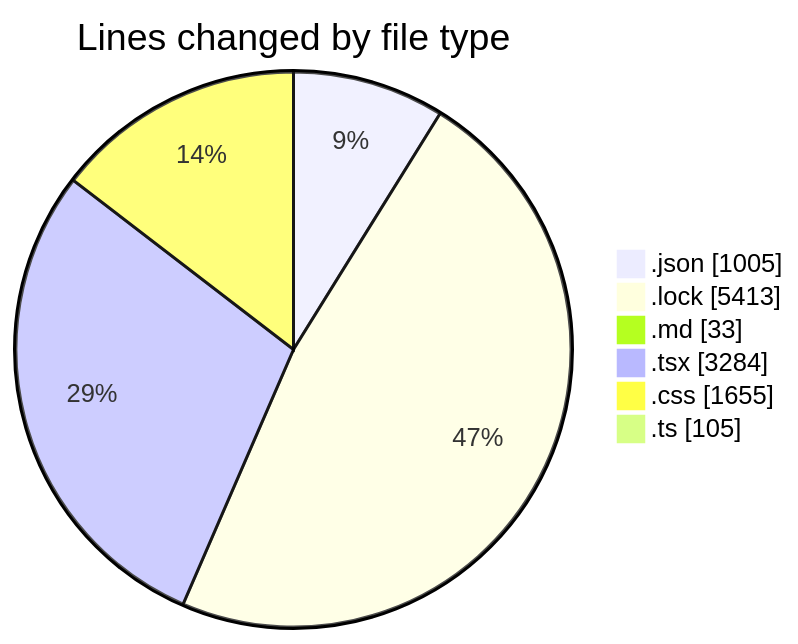
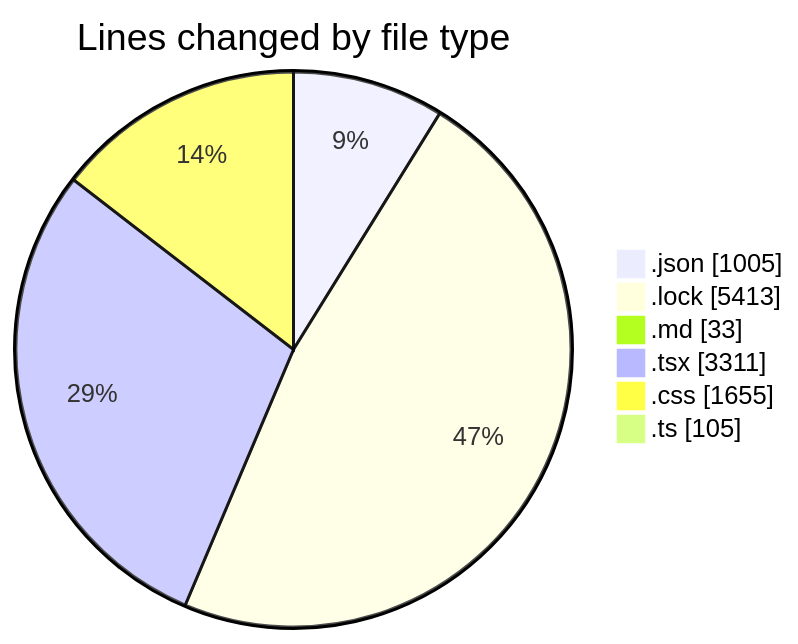
Before and after one commit to EIIisD/code-tracking: the first of 2 diagrams in 2025-08-11/ribbon/README.md, drawn with Mermaid. The commit also changed other lines of this file and 1 other file, not shown here.

````diff
--- a/2025-08-11/ribbon/README.md
+++ b/2025-08-11/ribbon/README.md
@@ -45,10 +45,10 @@
 ```mermaid
 pie showData
 title Lines changed by file type
 ".json" : 1005
 ".lock" : 5413
 ".md" : 33
-".tsx" : 3284
+".tsx" : 3311
 ".css" : 1655
 ".ts" : 105
 ```
````
